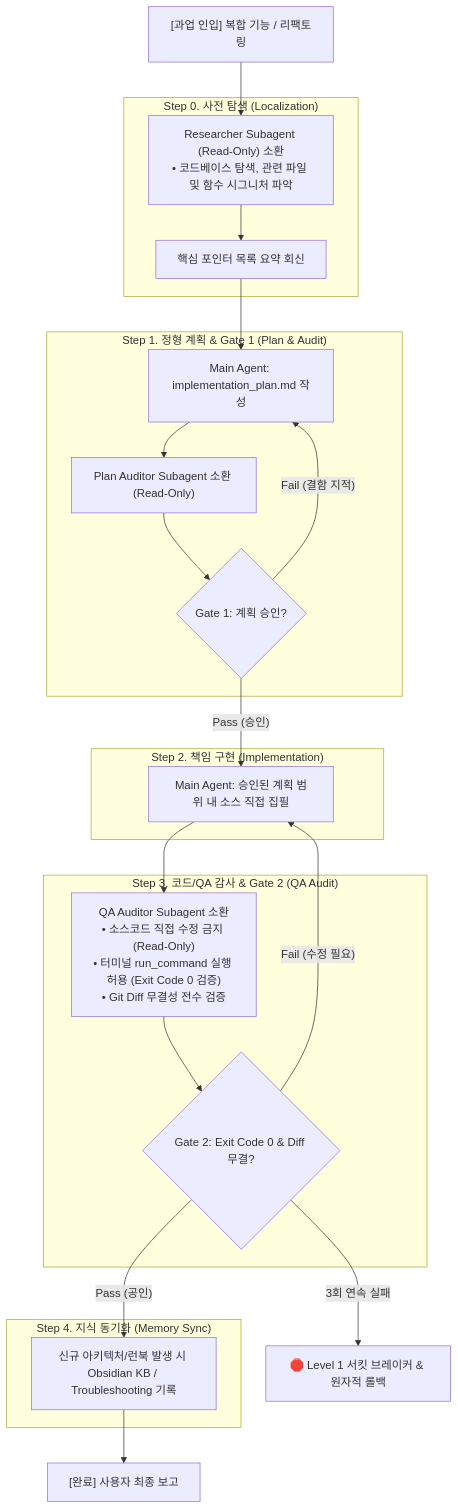
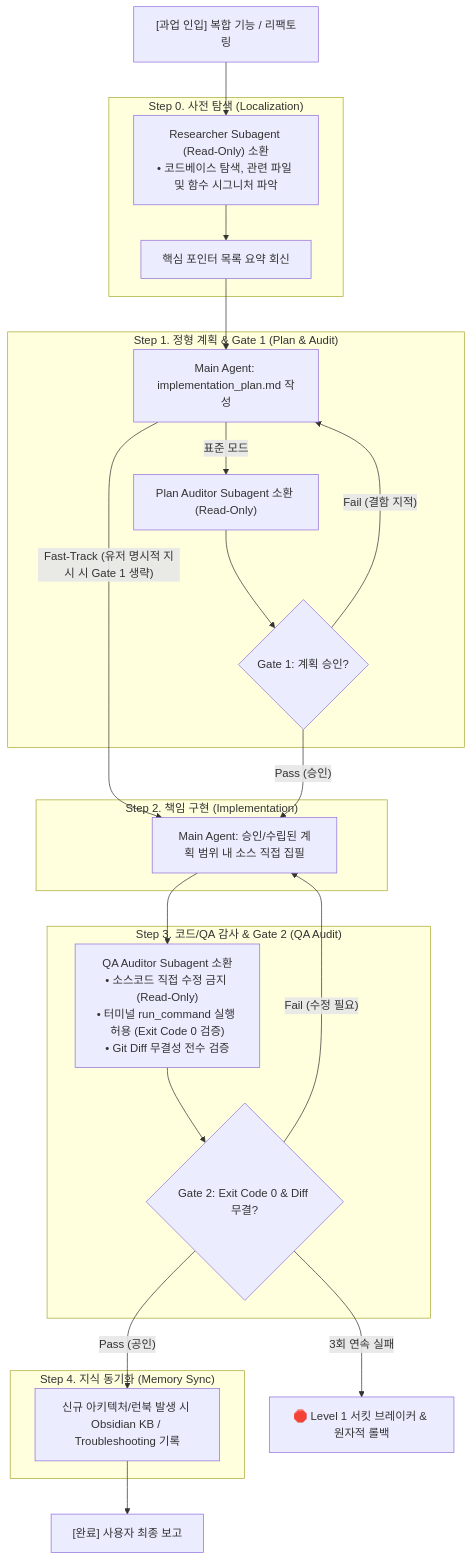
The diagram in ai_agent_refs/Agent_Collaboration_Workflow_Guidelines.md (jin20203458/Obsidian.Agent), drawn with Mermaid before and after one commit. The commit also changed other lines of this file and 2 other files, not shown here.

````diff
--- a/ai_agent_refs/Agent_Collaboration_Workflow_Guidelines.md
+++ b/ai_agent_refs/Agent_Collaboration_Workflow_Guidelines.md
@@ -40,41 +41,42 @@
 ```mermaid
 flowchart TD
     Task["[과업 인입] 복합 기능 / 리팩토링"]
 
     subgraph Step0 ["Step 0. 사전 탐색 (Localization)"]
         S0_Worker["Researcher Subagent (Read-Only) 소환<br>• 코드베이스 탐색, 관련 파일 및 함수 시그니처 파악"]
         S0_Report["핵심 포인터 목록 요약 회신"]
         S0_Worker --> S0_Report
     end
 
     subgraph Step1 ["Step 1. 정형 계획 & Gate 1 (Plan & Audit)"]
         S1_Plan["Main Agent: implementation_plan.md 작성"]
         S1_Audit["Plan Auditor Subagent 소환 (Read-Only)"]
         G1{"Gate 1: 계획 승인?"}
-        S1_Plan --> S1_Audit --> G1
+        S1_Plan -->|"표준 모드"| S1_Audit --> G1
     end
 
     subgraph Step2 ["Step 2. 책임 구현 (Implementation)"]
-        S2_Code["Main Agent: 승인된 계획 범위 내 소스 직접 집필"]
+        S2_Code["Main Agent: 승인/수립된 계획 범위 내 소스 직접 집필"]
     end
 
     subgraph Step3 ["Step 3. 코드/QA 감사 & Gate 2 (QA Audit)"]
         S3_QA["QA Auditor Subagent 소환<br>• 소스코드 직접 수정 금지 (Read-Only)<br>• 터미널 run_command 실행 허용 (Exit Code 0 검증)<br>• Git Diff 무결성 전수 검증"]
         G2{"Gate 2: Exit Code 0 & Diff 무결?"}
         S3_QA --> G2
     end
 
     subgraph Step4 ["Step 4. 지식 동기화 (Memory Sync)"]
         S4_Log["신규 아키텍처/런북 발생 시 Obsidian KB / Troubleshooting 기록"]
     end
 
     Task --> S0_Worker
     S0_Report --> S1_Plan
+    S1_Plan -->|"Fast-Track (유저 명시적 지시 시 Gate 1 생략)"| S2_Code
     G1 -- "Fail (결함 지적)" --> S1_Plan
     G1 -- "Pass (승인)" --> S2_Code
     S2_Code --> S3_QA
     G2 -- "Fail (수정 필요)" --> S2_Code
     G2 -- "3회 연속 실패" --> Rollback["🛑 Level 1 서킷 브레이커 & 원자적 롤백"]
     G2 -- "Pass (공인)" --> S4_Log
     S4_Log --> Done["[완료] 사용자 최종 보고"]
 ```
````
